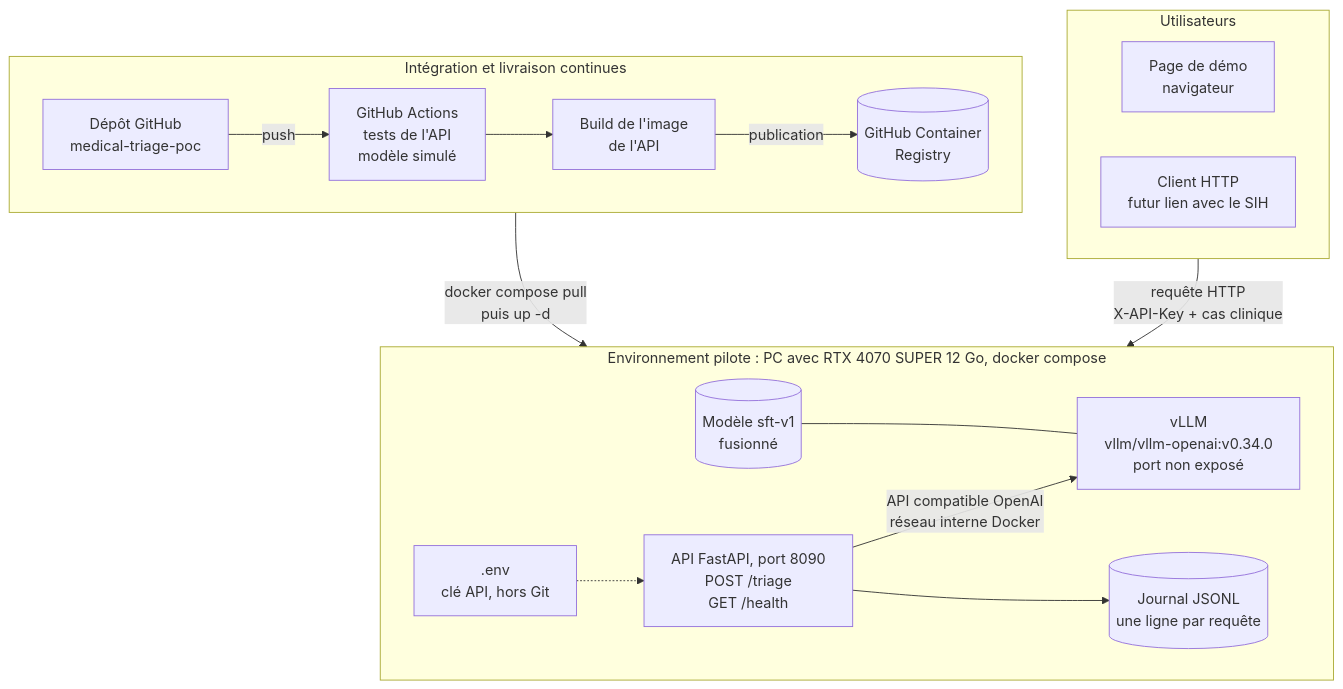
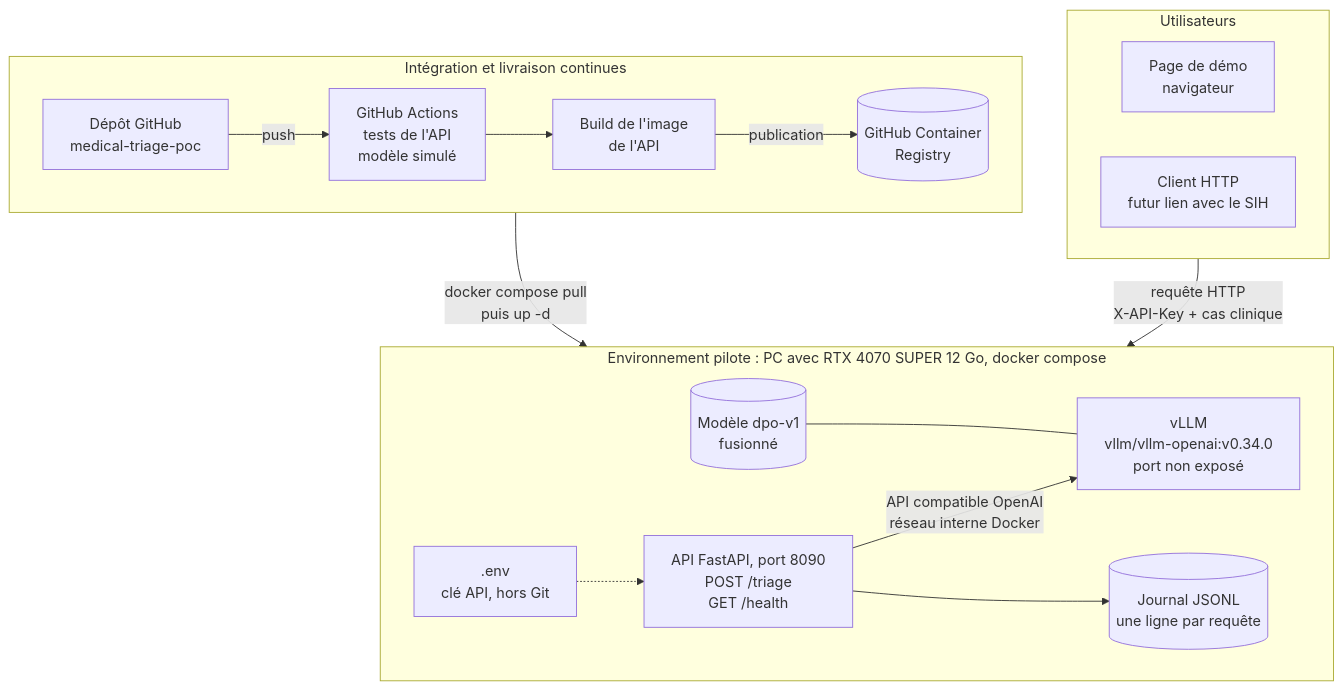
The diagram in livrables/rapport_final_architecture.mmd (G-Hostin/medical-triage-poc), drawn with Mermaid before and after one commit. The commit also changed 2 other files, not shown here.

Commit message:
docs: add DPO results to the final report

```diff
--- a/livrables/rapport_final_architecture.mmd
+++ b/livrables/rapport_final_architecture.mmd
@@ -1,25 +1,25 @@
 %% Architecture du POC de triage (environnement pilote)
 flowchart TB
     subgraph ci["Intégration et livraison continues"]
         direction LR
         git["Dépôt GitHub<br>medical-triage-poc"] -->|push| tests["GitHub Actions<br>tests de l'API<br>modèle simulé"]
         tests --> build["Build de l'image<br>de l'API"]
         build -->|publication| ghcr[("GitHub Container<br>Registry")]
     end
 
     subgraph clients["Utilisateurs"]
         direction LR
         demo["Page de démo<br>navigateur"]
         client["Client HTTP<br>futur lien avec le SIH"]
     end
 
     subgraph pilote["Environnement pilote : PC avec RTX 4070 SUPER 12 Go, docker compose"]
         direction LR
         env[".env<br>clé API, hors Git"] -.-> api["API FastAPI, port 8090<br>POST /triage<br>GET /health"]
         api -->|"API compatible OpenAI<br>réseau interne Docker"| vllm["vLLM<br>vllm/vllm-openai:v0.34.0<br>port non exposé"]
-        poids[("Modèle sft-v1<br>fusionné")] --- vllm
+        poids[("Modèle dpo-v1<br>fusionné")] --- vllm
         api --> journal[("Journal JSONL<br>une ligne par requête")]
     end
 
     ci -->|"docker compose pull<br>puis up -d"| pilote
     clients -->|"requête HTTP<br>X-API-Key + cas clinique"| pilote
```
